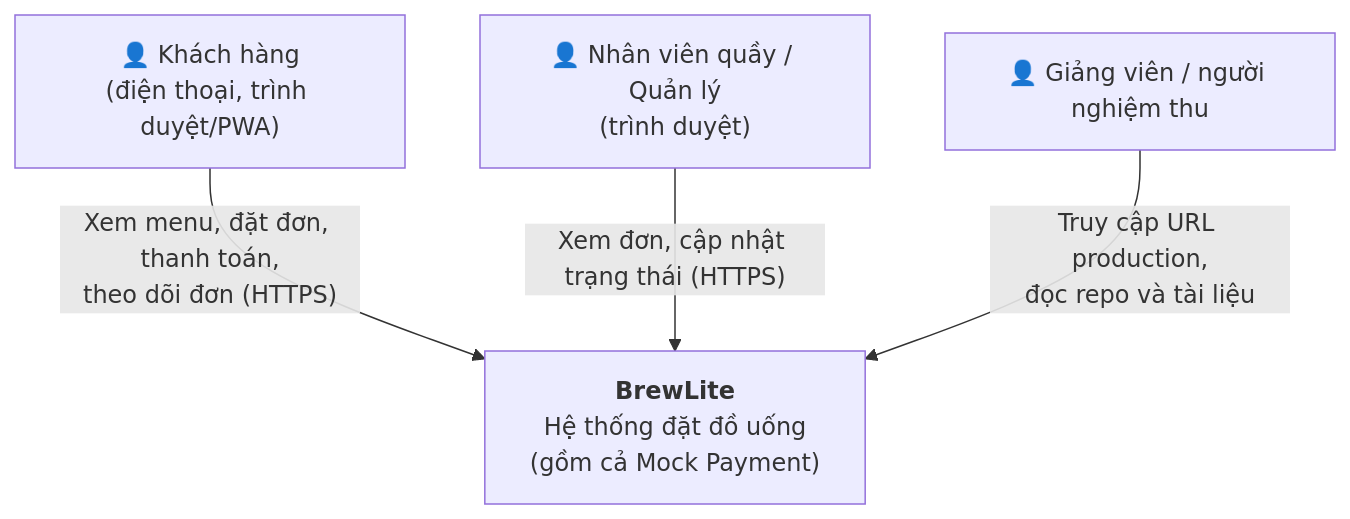
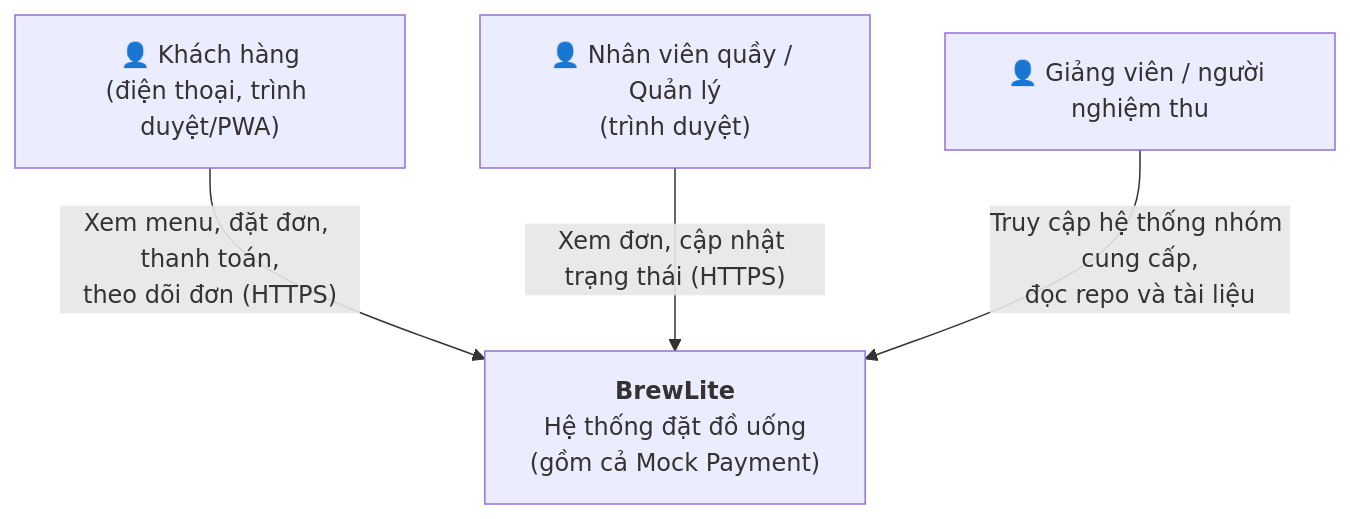
Before and after one commit to lmhau68/BrewLite2: the first of 3 diagrams in docs/architecture/architecture.md, drawn with Mermaid. The commit also changed other lines of this file and 2 other files, not shown here.

````diff
--- a/docs/architecture/architecture.md
+++ b/docs/architecture/architecture.md
@@ -20,11 +20,11 @@
 ```mermaid
 flowchart TB
     KH["👤 Khách hàng<br/>(điện thoại, trình duyệt/PWA)"]
     NV["👤 Nhân viên quầy / Quản lý<br/>(trình duyệt)"]
     SYS["<b>BrewLite</b><br/>Hệ thống đặt đồ uống<br/>(gồm cả Mock Payment)"]
     GV["👤 Giảng viên / người nghiệm thu"]
 
     KH -->|"Xem menu, đặt đơn, thanh toán,<br/>theo dõi đơn (HTTPS)"| SYS
     NV -->|"Xem đơn, cập nhật trạng thái (HTTPS)"| SYS
-    GV -->|"Truy cập URL production,<br/>đọc repo và tài liệu"| SYS
+    GV -->|"Truy cập hệ thống nhóm cung cấp,<br/>đọc repo và tài liệu"| SYS
 ```
````
